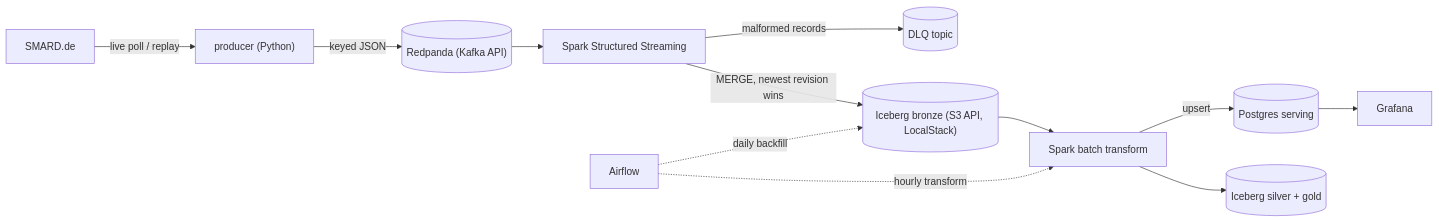
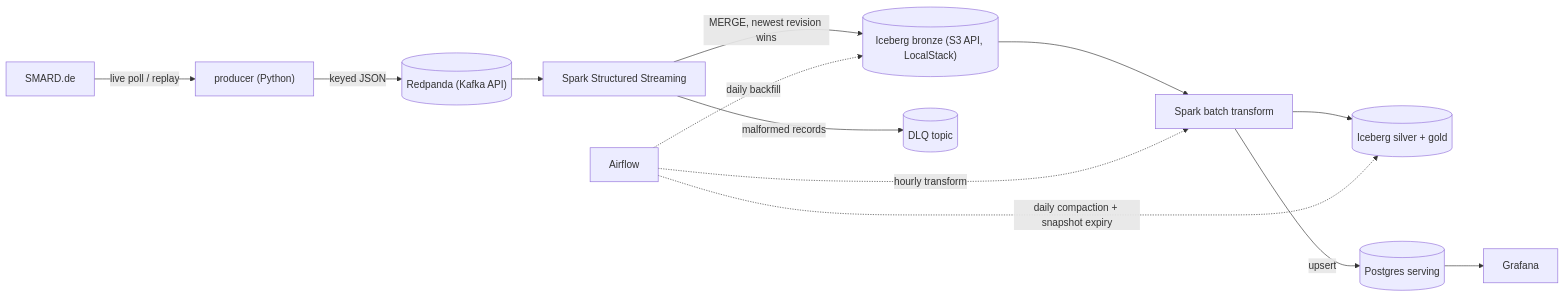
One commit to kaeldrin-gh/de-energy-streaming changed the diagram in README.md. Above: the diagram before and after it, drawn with Mermaid. The commit also changed other lines of this file and 11 other files, not shown here.

First line of the commit message:
Add daily Iceberg compaction and snapshot expiry

````diff
--- a/README.md
+++ b/README.md
@@ -28,14 +28,15 @@
 ```mermaid
 flowchart LR
     SMARD["SMARD.de"] -->|live poll / replay| P["producer (Python)"]
     P -->|keyed JSON| K[("Redpanda (Kafka API)")]
     K --> S["Spark Structured Streaming"]
     S -->|"MERGE, newest revision wins"| B[("Iceberg bronze (S3 API, LocalStack)")]
     S -->|malformed records| D[("DLQ topic")]
     B --> T["Spark batch transform"]
     T --> SI[("Iceberg silver + gold")]
     T -->|upsert| PG[("Postgres serving")]
     PG --> G["Grafana"]
     A["Airflow"] -. hourly transform .-> T
     A -. daily backfill .-> B
+    A -. daily compaction + snapshot expiry .-> SI
 ```
````
